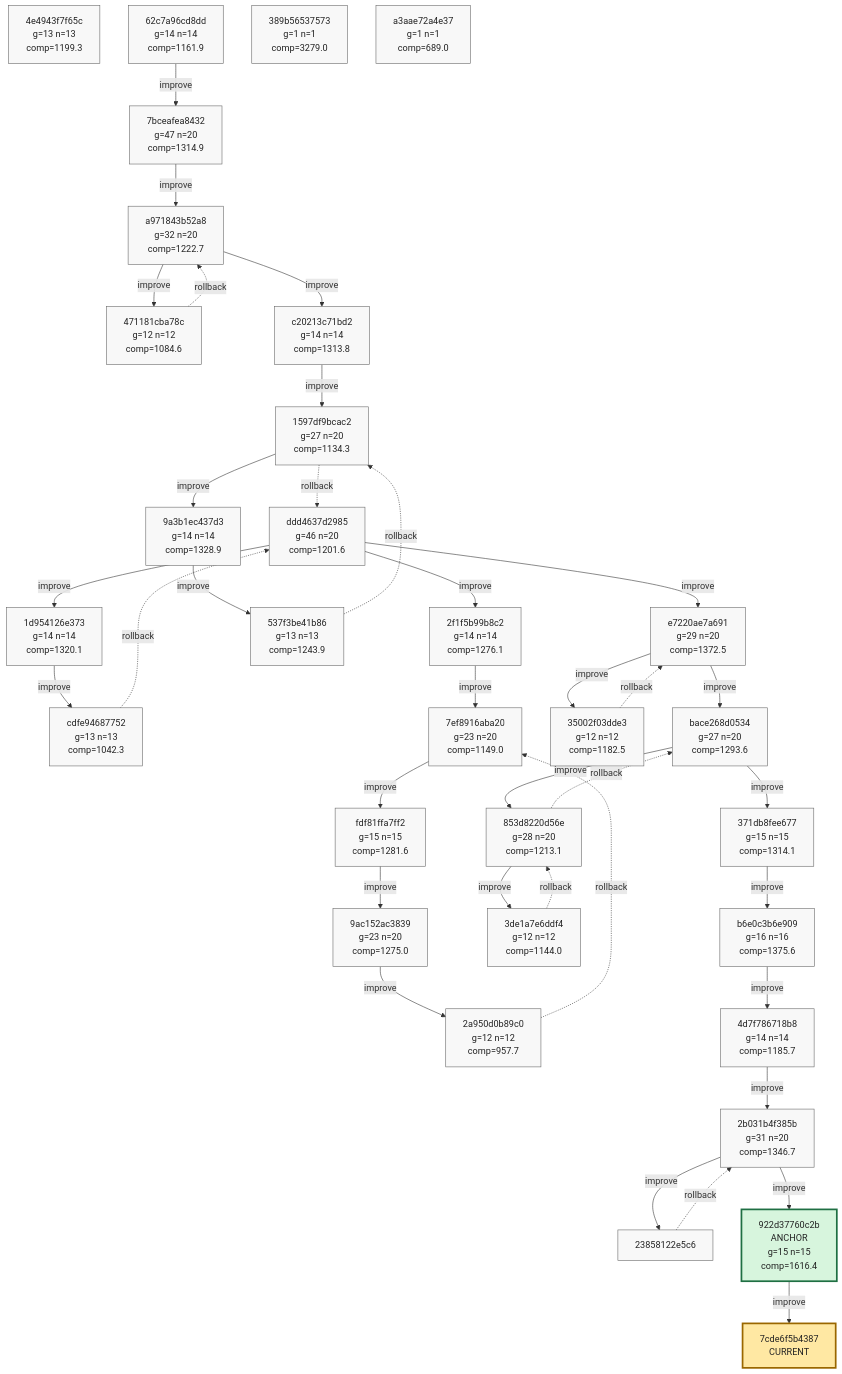
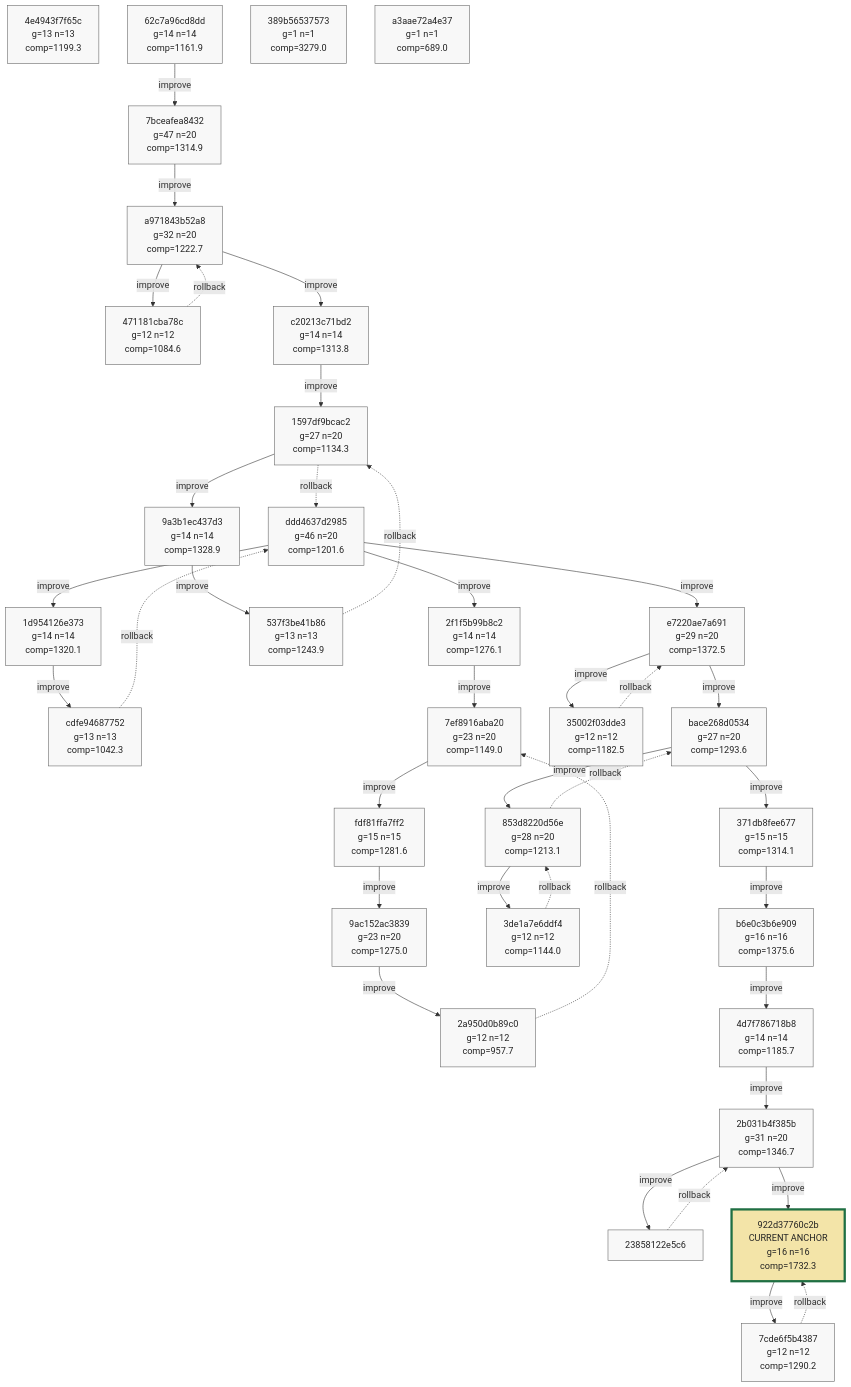
One commit to azumag/soviet_now changed the ninth of 9 diagrams in phyrogenetic-tree.md. Above: the diagram before and after it, drawn with Mermaid. The commit also changed other lines of this file and 2 other files, not shown here.

````diff
--- a/phyrogenetic-tree.md
+++ b/phyrogenetic-tree.md
@@ -2259,10 +2260,10 @@
     h_4d7f786718b8["4d7f786718b8<br/>g=14 n=14<br/>comp=1185.7"]
     h_2b031b4f385b["2b031b4f385b<br/>g=31 n=20<br/>comp=1346.7"]
     h_23858122e5c6["23858122e5c6"]
-    h_922d37760c2b["922d37760c2b<br/>ANCHOR<br/>g=15 n=15<br/>comp=1616.4"]
+    h_922d37760c2b["922d37760c2b<br/>CURRENT ANCHOR<br/>g=16 n=16<br/>comp=1732.3"]
+    h_7cde6f5b4387["7cde6f5b4387<br/>g=12 n=12<br/>comp=1290.2"]
     h_389b56537573["389b56537573<br/>g=1 n=1<br/>comp=3279.0"]
     h_a3aae72a4e37["a3aae72a4e37<br/>g=1 n=1<br/>comp=689.0"]
-    h_7cde6f5b4387["7cde6f5b4387<br/>CURRENT"]
 
     h_ddd4637d2985 -->|improve| h_1d954126e373
     h_1d954126e373 -->|improve| h_cdfe94687752
@@ -2299,6 +2300,7 @@
     h_23858122e5c6 -. rollback .-> h_2b031b4f385b
     h_2b031b4f385b -->|improve| h_922d37760c2b
     h_922d37760c2b -->|improve| h_7cde6f5b4387
+    h_7cde6f5b4387 -. rollback .-> h_922d37760c2b
 
     classDef plain fill:#f8f8f8,stroke:#666,stroke-width:1px,color:#222;
     classDef current fill:#ffe8a3,stroke:#9a6700,stroke-width:3px,color:#222;
@@ -2332,8 +2334,8 @@
     class h_4d7f786718b8 plain;
     class h_2b031b4f385b plain;
     class h_23858122e5c6 plain;
-    class h_922d37760c2b anchor;
+    class h_922d37760c2b current_anchor;
+    class h_7cde6f5b4387 plain;
     class h_389b56537573 plain;
     class h_a3aae72a4e37 plain;
-    class h_7cde6f5b4387 current;
 ```
````
